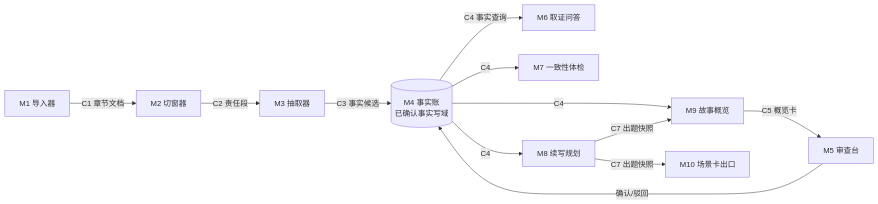
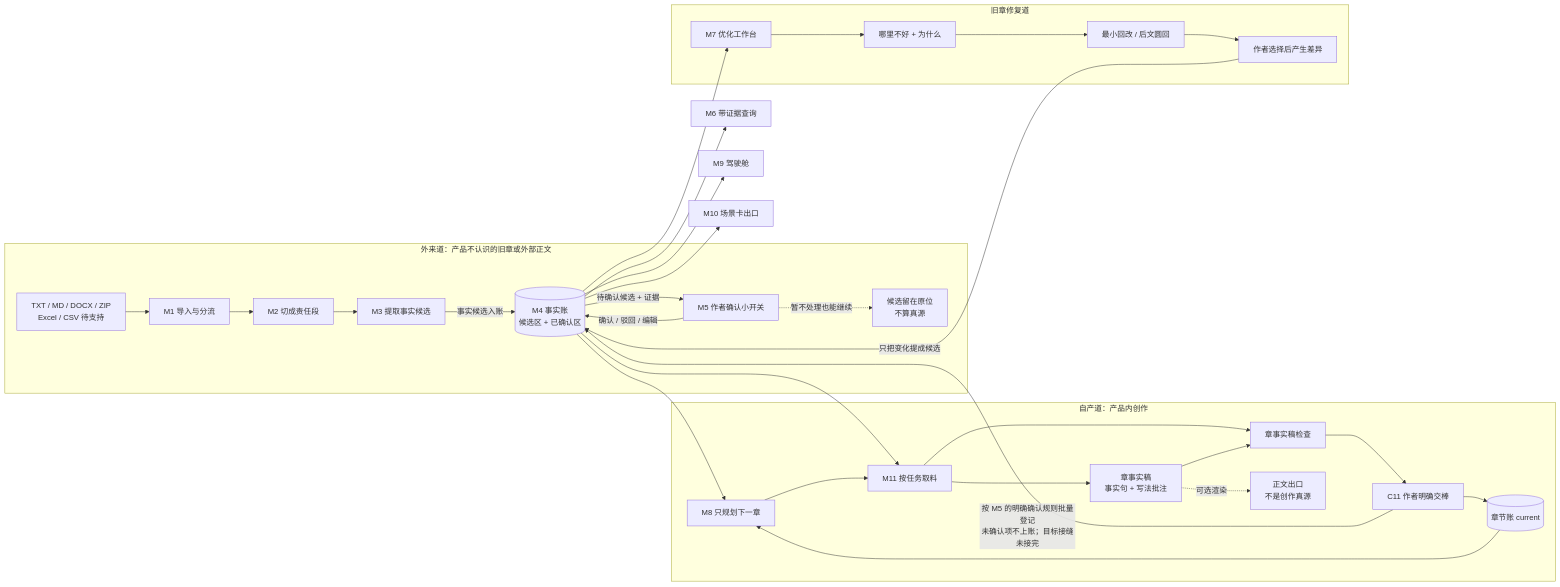
The first of 2 diagrams in novel-mvp/ARCHITECTURE.md (cczz412/novel-architecture), drawn with Mermaid before and after one commit. The commit also changed other lines of this file and 3 other files, not shown here.

````diff
--- a/novel-mvp/ARCHITECTURE.md
+++ b/novel-mvp/ARCHITECTURE.md
@@ -11,14 +13,38 @@
 ```mermaid
-graph LR
-    M1[M1 导入器] -->|C1 章节文档| M2[M2 切窗器]
-    M2 -->|C2 责任段| M3[M3 抽取器]
-    M3 -->|C3 事实候选| M4[(M4 事实账<br/>已确认事实写域)]
-    M9[M9 故事概览] -->|C5 概览卡| M5[M5 审查台]
-    M5 -->|确认/驳回| M4
-    M4 -->|C4 事实查询| M6[M6 取证问答]
-    M4 -->|C4| M7[M7 一致性体检]
-    M4 -->|C4| M8[M8 续写规划]
-    M4 -->|C4| M9
-    M8 -->|C7 出题快照| M9
-    M8 -->|C7 出题快照| M10[M10 场景卡出口]
+flowchart LR
+    subgraph 外来道[外来道：产品不认识的旧章或外部正文]
+        EXT[TXT / MD / DOCX / ZIP<br/>Excel / CSV 待支持] --> M1[M1 导入与分流]
+        M1 --> M2[M2 切成责任段]
+        M2 --> M3[M3 提取事实候选]
+        M3 -->|事实候选入账| M4[(M4 事实账<br/>候选区 + 已确认区)]
+        M4 -->|待确认候选 + 证据| M5[M5 作者确认小开关]
+        M5 -->|确认 / 驳回 / 编辑| M4
+        M5 -. 暂不处理也能继续 .-> HOLD[候选留在原位<br/>不算真源]
+    end
+
+    subgraph 自产道[自产道：产品内创作]
+        M8[M8 只规划下一章] --> M11[M11 按任务取料]
+        M11 --> DRAFT[章事实稿<br/>事实句 + 写法批注]
+        M11 --> CHECK[章事实稿检查]
+        DRAFT --> CHECK
+        CHECK --> C11[C11 作者明确交棒]
+        C11 --> CHAPTER[(章节账 current)]
+        C11 -->|按 M5 的明确确认规则批量登记<br/>未确认项不上账；目标接缝未接完| M4
+        DRAFT -. 可选渲染 .-> PROSE[正文出口<br/>不是创作真源]
+        CHAPTER --> M8
+    end
+
+    subgraph 旧章修复道[旧章修复道]
+        M7[M7 优化工作台] --> WHY[哪里不好 + 为什么]
+        WHY --> TWO[最小回改 / 后文圆回]
+        TWO --> DIFF[作者选择后产生差异]
+        DIFF -->|只把变化提成候选| M4
+    end
+
+    M4 --> M6[M6 带证据查询]
+    M4 --> M7
+    M4 --> M8
+    M4 --> M9[M9 驾驶舱]
+    M4 --> M10[M10 场景卡出口]
+    M4 --> M11
 ```
````
